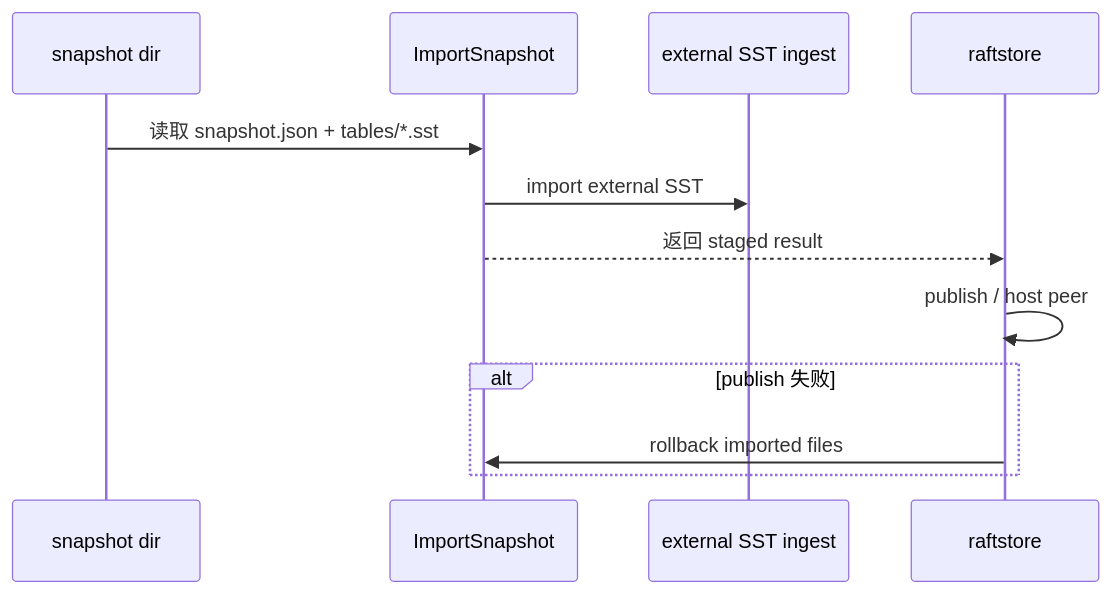
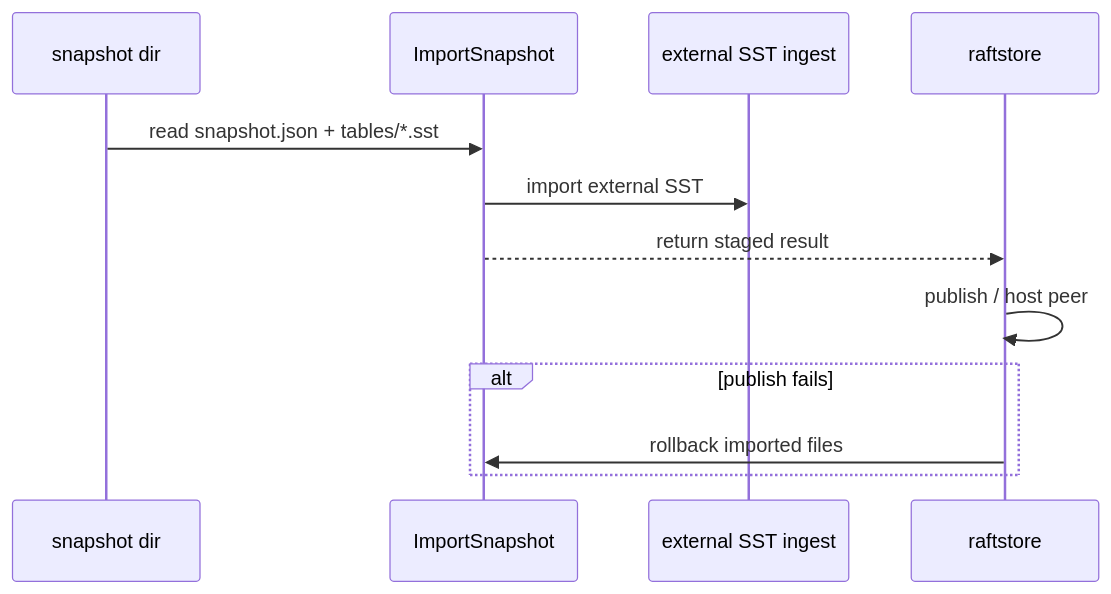
The third of 3 diagrams in docs/notes/2026-03-31-sst-snapshot-install.md (feichai0017/NoKV), drawn with Mermaid before and after one commit. The commit also changed other lines of this file and 23 other files, not shown here.

````diff
--- a/docs/notes/2026-03-31-sst-snapshot-install.md
+++ b/docs/notes/2026-03-31-sst-snapshot-install.md
@@ -175,15 +175,15 @@
 ```mermaid
 sequenceDiagram
     participant SNAP as snapshot dir
     participant IMP as ImportSnapshot
     participant LSM as external SST ingest
     participant RS as raftstore
 
-    SNAP->>IMP: 读取 snapshot.json + tables/*.sst
+    SNAP->>IMP: read snapshot.json + tables/*.sst
     IMP->>LSM: import external SST
-    IMP-->>RS: 返回 staged result
+    IMP-->>RS: return staged result
     RS->>RS: publish / host peer
-    alt publish 失败
+    alt publish fails
         RS->>IMP: rollback imported files
     end
 ```
````
